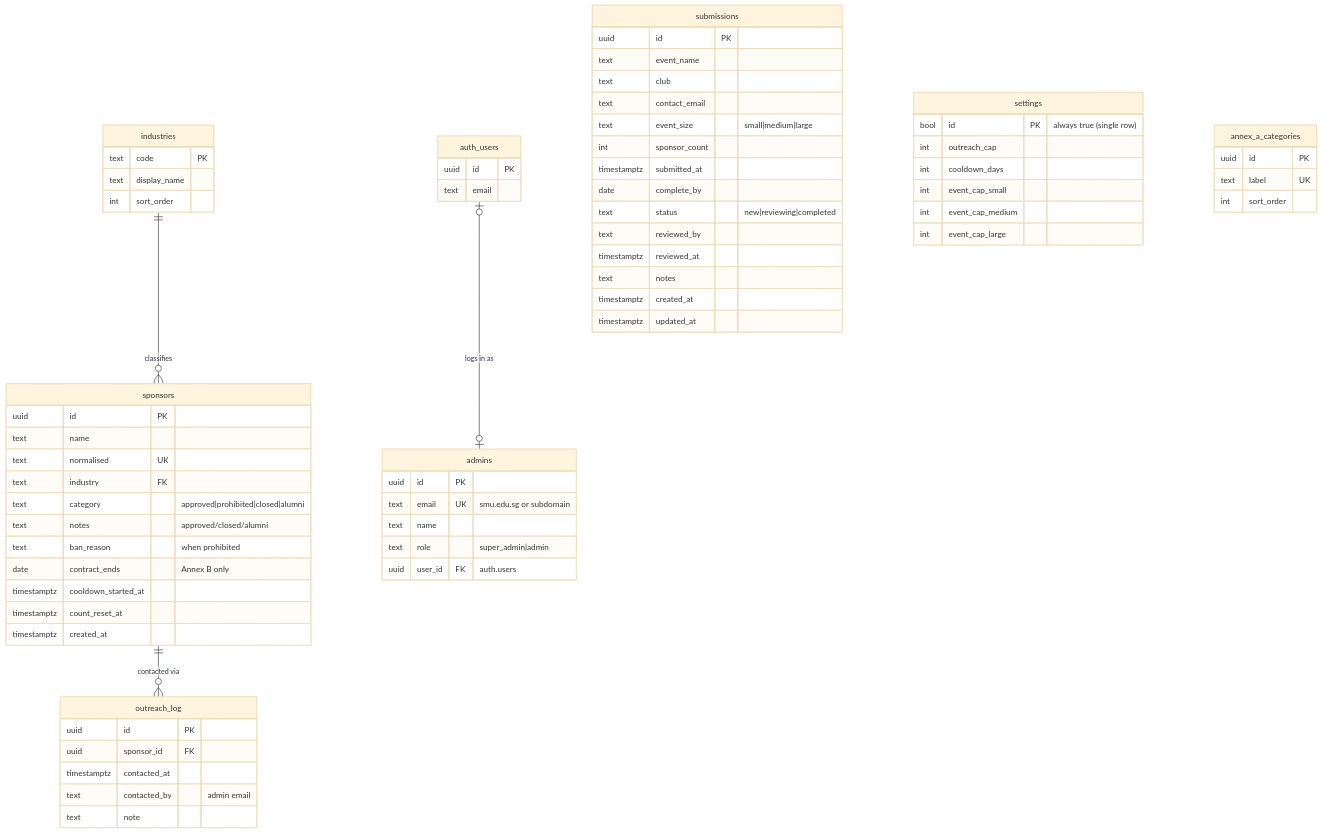
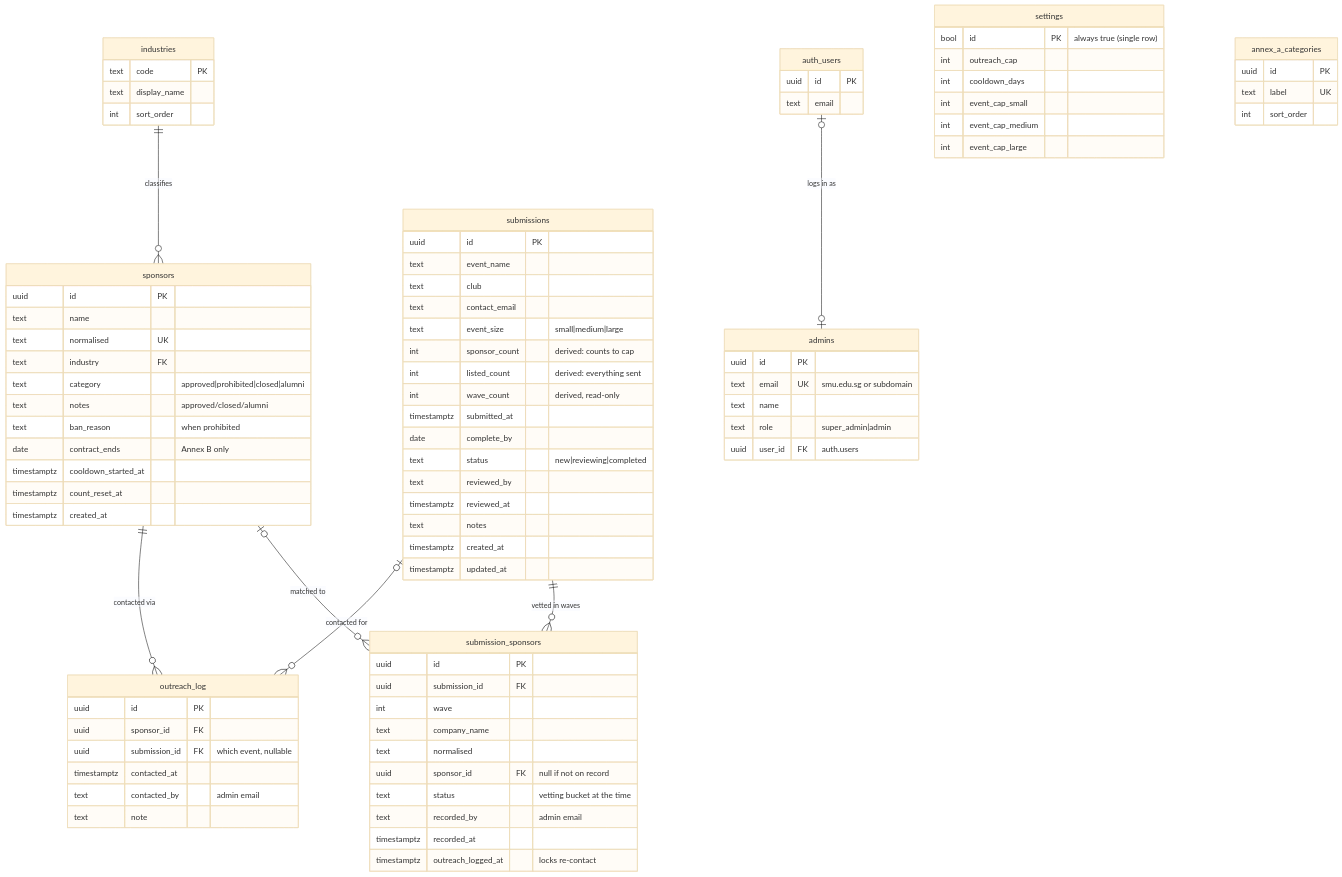
The diagram in supabase/DATABASE_GUIDE.md (triciaaleee/BIZCOM-SponsorCheck), drawn with Mermaid (base theme) before and after one commit. The commit also changed other lines of this file and 11 other files, not shown here.

```diff
--- a/supabase/DATABASE_GUIDE.md
+++ b/supabase/DATABASE_GUIDE.md
@@ -141,6 +196,9 @@
 erDiagram
     industries  ||--o{ sponsors            : classifies
     sponsors    ||--o{ outreach_log        : "contacted via"
+    submissions |o--o{ outreach_log        : "contacted for"
+    submissions ||--o{ submission_sponsors : "vetted in waves"
+    sponsors    |o--o{ submission_sponsors : "matched to"
     auth_users  |o--o| admins              : "logs in as"
 
     industries {
@@ -164,6 +222,7 @@
     outreach_log {
         uuid id PK
         uuid sponsor_id FK
+        uuid submission_id FK "which event, nullable"
         timestamptz contacted_at
         text contacted_by "admin email"
         text note
@@ -174,7 +233,9 @@
         text club
         text contact_email
         text event_size "small|medium|large"
-        int  sponsor_count
+        int  sponsor_count "derived: counts to cap"
+        int  listed_count "derived: everything sent"
+        int  wave_count "derived, read-only"
         timestamptz submitted_at
         date complete_by
         text status "new|reviewing|completed"
@@ -183,6 +244,18 @@
         text notes
         timestamptz created_at
         timestamptz updated_at
+    }
+    submission_sponsors {
+        uuid id PK
+        uuid submission_id FK
+        int  wave
+        text company_name
+        text normalised
+        uuid sponsor_id FK "null if not on record"
+        text status "vetting bucket at the time"
+        text recorded_by "admin email"
+        timestamptz recorded_at
+        timestamptz outreach_logged_at "locks re-contact"
     }
     admins {
         uuid id PK
```
